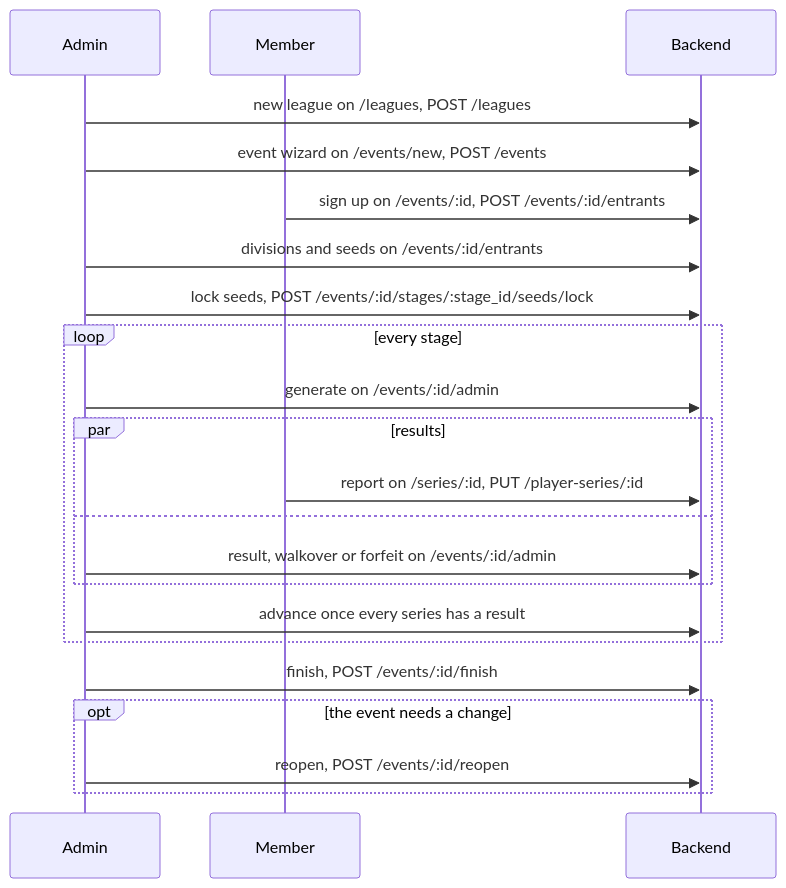
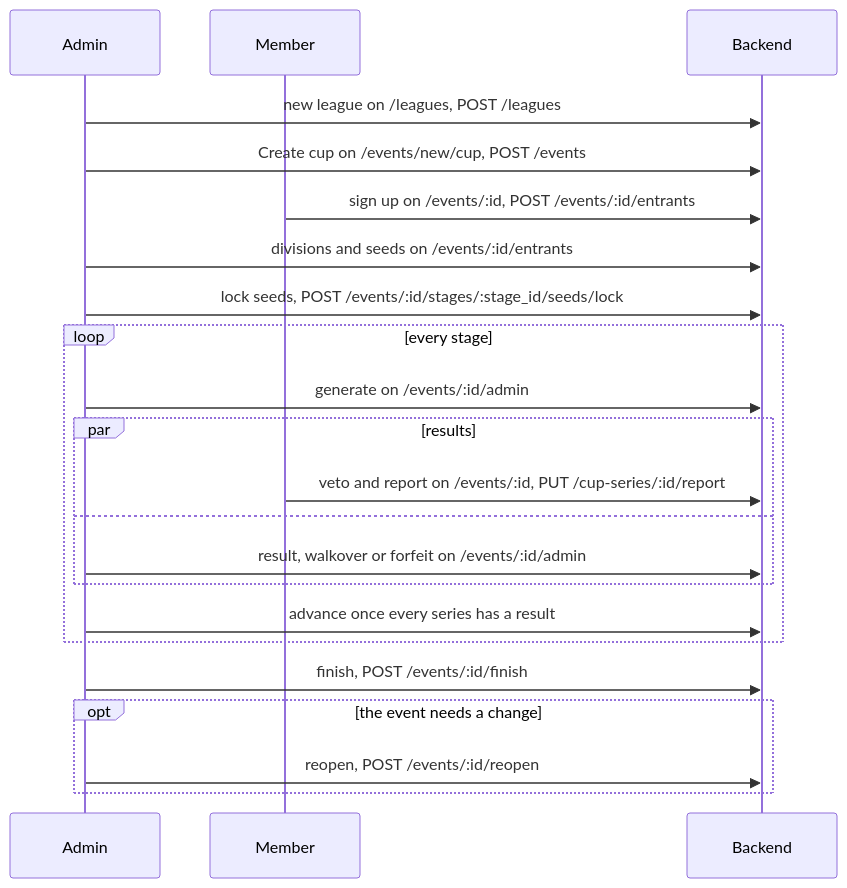
The diagram in docs/okf/flows/run-a-cup.md (Warcraft-Gym/wc3-gym-frontend), drawn with Mermaid before and after one commit. The commit also changed other lines of this file and 22 other files, not shown here.

First line of the commit message:
Play a cup's series on the cup's own routes

````diff
--- a/docs/okf/flows/run-a-cup.md
+++ b/docs/okf/flows/run-a-cup.md
@@ -43,24 +43,24 @@
 ```mermaid
 sequenceDiagram
     participant Admin
     participant Member
     participant Backend
     Admin->>Backend: new league on /leagues, POST /leagues
-    Admin->>Backend: event wizard on /events/new, POST /events
+    Admin->>Backend: Create cup on /events/new/cup, POST /events
     Member->>Backend: sign up on /events/:id, POST /events/:id/entrants
     Admin->>Backend: divisions and seeds on /events/:id/entrants
     Admin->>Backend: lock seeds, POST /events/:id/stages/:stage_id/seeds/lock
     loop every stage
         Admin->>Backend: generate on /events/:id/admin
         par results
-            Member->>Backend: report on /series/:id, PUT /player-series/:id
+            Member->>Backend: veto and report on /events/:id, PUT /cup-series/:id/report
         and
             Admin->>Backend: result, walkover or forfeit on /events/:id/admin
         end
         Admin->>Backend: advance once every series has a result
     end
     Admin->>Backend: finish, POST /events/:id/finish
     opt the event needs a change
         Admin->>Backend: reopen, POST /events/:id/reopen
     end
 ```
````
